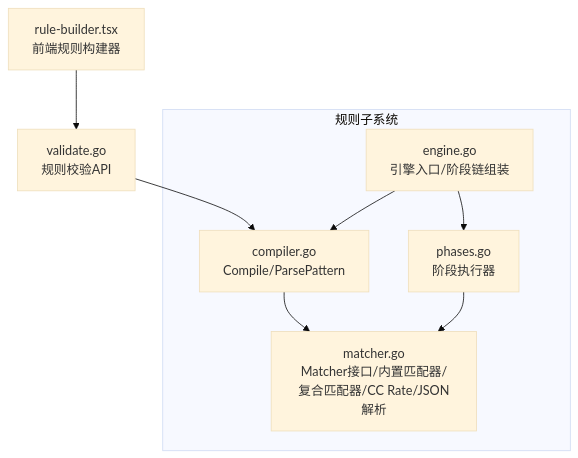
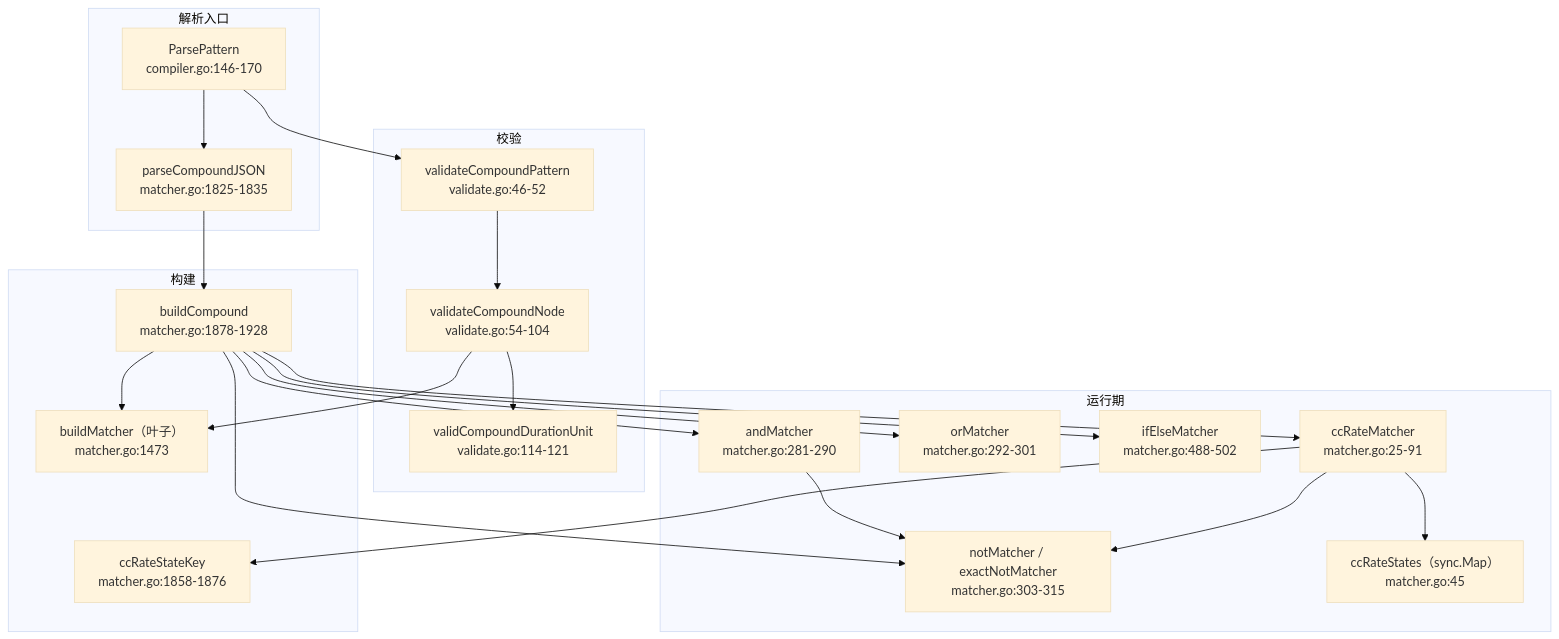
The first of 5 diagrams in docs/WAF 引擎系统/规则匹配器/复合匹配器.md (x01n/My-OpenWaf), drawn with Mermaid (base theme) before and after one commit. The commit also changed other lines of this file and 622 other files, not shown here.

````diff
--- a/docs/WAF 引擎系统/规则匹配器/复合匹配器.md
+++ b/docs/WAF 引擎系统/规则匹配器/复合匹配器.md
@@ -48,17 +50,41 @@
 ```mermaid
 graph TB
-subgraph "规则子系统"
-M["matcher.go<br/>Matcher接口/内置匹配器/复合匹配器/CC Rate/JSON解析"]
-C["compiler.go<br/>Compile/ParsePattern"]
-P["phases.go<br/>阶段执行器"]
-E["engine.go<br/>引擎入口/阶段链组装"]
+subgraph "解析入口"
+PP["ParsePattern<br/>compiler.go:146-170"]
+PCJ["parseCompoundJSON<br/>matcher.go:1825-1835"]
 end
-A["validate.go<br/>规则校验API"]
-F["rule-builder.tsx<br/>前端规则构建器"]
-F --> A
-A --> C
-C --> M
-E --> P
-E --> C
-P --> M
+subgraph "校验"
+VC["validateCompoundPattern<br/>validate.go:46-52"]
+VN["validateCompoundNode<br/>validate.go:54-104"]
+VU["validCompoundDurationUnit<br/>validate.go:114-121"]
+end
+subgraph "构建"
+BC["buildCompound<br/>matcher.go:1878-1928"]
+CSK["ccRateStateKey<br/>matcher.go:1858-1876"]
+BM["buildMatcher（叶子）<br/>matcher.go:1473"]
+end
+subgraph "运行期"
+AN["andMatcher<br/>matcher.go:281-290"]
+OR["orMatcher<br/>matcher.go:292-301"]
+NT["notMatcher / exactNotMatcher<br/>matcher.go:303-315"]
+IE["ifElseMatcher<br/>matcher.go:488-502"]
+CR["ccRateMatcher<br/>matcher.go:25-91"]
+ST["ccRateStates（sync.Map）<br/>matcher.go:45"]
+end
+PP --> PCJ
+PP --> VC
+VC --> VN
+VN --> VU
+VN --> BM
+PCJ --> BC
+BC --> AN
+BC --> OR
+BC --> NT
+BC --> IE
+BC --> CR
+BC --> BM
+CR --> CSK
+CR --> ST
+AN --> NT
+CR --> NT
 ```
````
